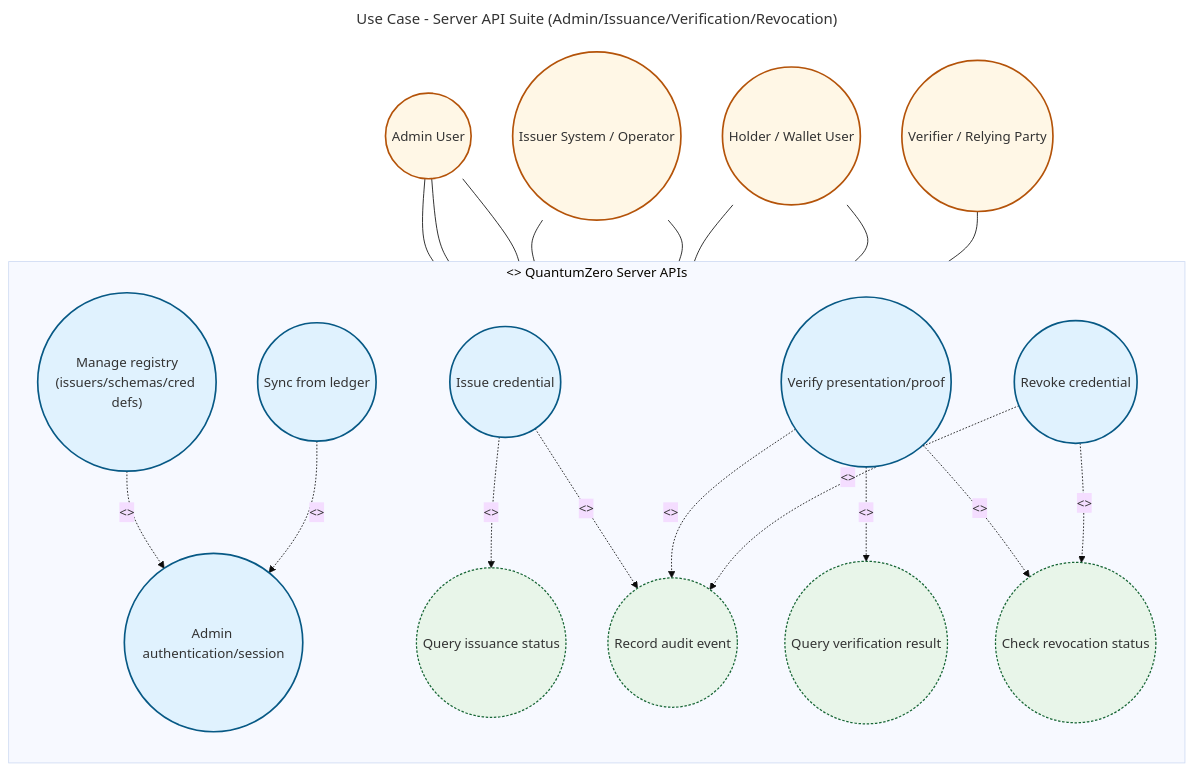
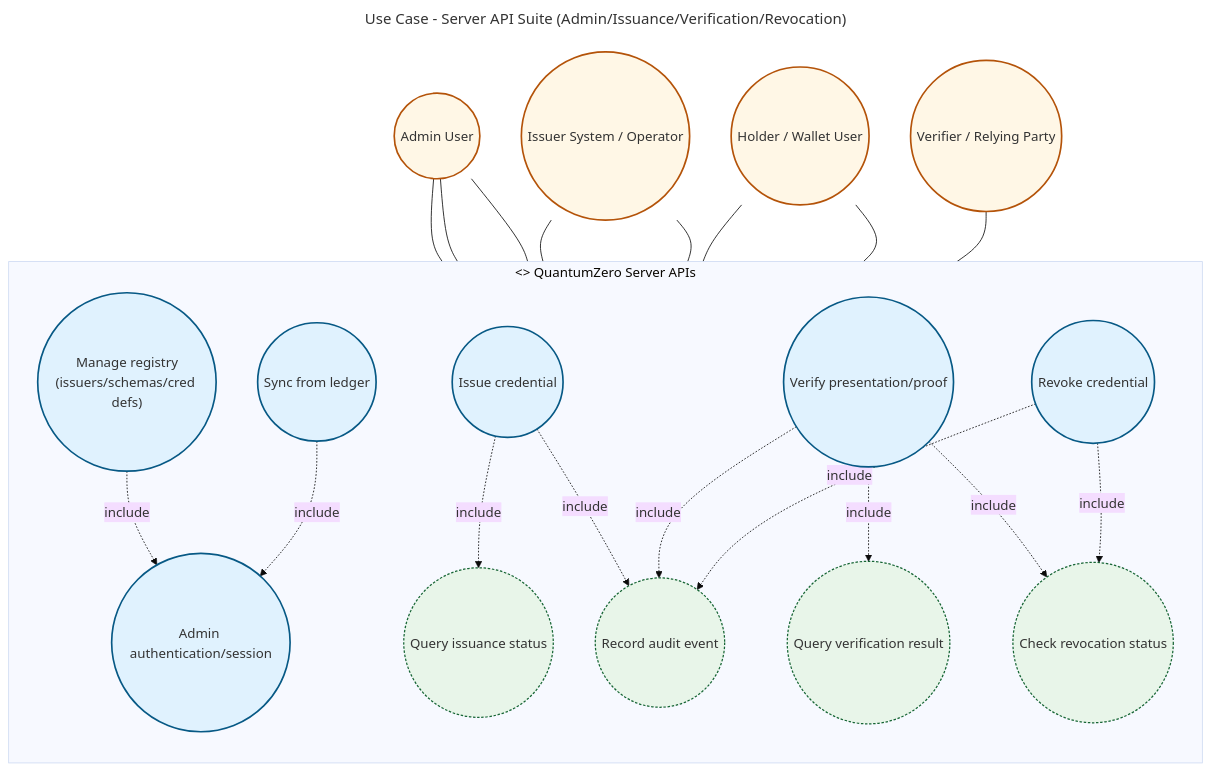
One commit to CHATEAUFORGE-LLC/QuantumZero changed the diagram in diagrams/usecase-server-api-suite.mmd. Above: the diagram before and after it, drawn with Mermaid. The commit also changed 63 other files, not shown here.

```diff
--- a/diagrams/usecase-server-api-suite.mmd
+++ b/diagrams/usecase-server-api-suite.mmd
@@ -1,72 +1,72 @@
 ---
 title: Use Case - Server API Suite (Admin/Issuance/Verification/Revocation)
 config:
   theme: base
 ---
 %% QuantumZero UML palette note: actors/external=#fff7e6/#b45309, system/component=#e0f2fe/#075985, datastore=#ecfccb/#4d7c0f, notes=#fff9c4/#d97706. Aligns diagrams to Deliverable 1 UML/DFD theme.
 flowchart TB
     %% QuantumZero UML palette (standardized)
     classDef actor fill:#fff7e6,stroke:#b45309,stroke-width:2px
     classDef system fill:#eef2ff,stroke:#4338ca,stroke-width:2px
     classDef usecase fill:#e0f2fe,stroke:#075985,stroke-width:2px
     classDef supporting fill:#e8f5e9,stroke:#166534,stroke-width:1.5px,stroke-dasharray: 3 2
 
     %% Actors
     Admin((Admin User)):::actor
     Issuer((Issuer System / Operator)):::actor
     Holder((Holder / Wallet User)):::actor
     Verifier((Verifier / Relying Party)):::actor
 
     %% System Boundary
     subgraph ServerAPIs["<<system>> QuantumZero Server APIs"]
         direction TB
 
         %% Admin API use cases
         UC_AdminAuth(("Admin authentication/session")):::usecase
         UC_Registry(("Manage registry<br/>(issuers/schemas/cred defs)")):::usecase
         UC_LedgerSync(("Sync from ledger")):::usecase
 
         %% Issuance API use cases
         UC_Issue(("Issue credential")):::usecase
         UC_IssueStatus(("Query issuance status")):::supporting
 
         %% Verification API use cases
         UC_Verify(("Verify presentation/proof")):::usecase
         UC_VerifyStatus(("Query verification result")):::supporting
 
         %% Revocation API use cases
         UC_Revoke(("Revoke credential")):::usecase
         UC_RevocationStatus(("Check revocation status")):::supporting
 
         %% Cross-cutting
         UC_Audit(("Record audit event")):::supporting
 
         %% Relationships
-        UC_Registry -. <<include>> .-> UC_AdminAuth
-        UC_LedgerSync -. <<include>> .-> UC_AdminAuth
+        UC_Registry -. include .-> UC_AdminAuth
+        UC_LedgerSync -. include .-> UC_AdminAuth
 
-        UC_Issue -. <<include>> .-> UC_IssueStatus
-        UC_Issue -. <<include>> .-> UC_Audit
+        UC_Issue -. include .-> UC_IssueStatus
+        UC_Issue -. include .-> UC_Audit
 
-        UC_Verify -. <<include>> .-> UC_VerifyStatus
-        UC_Verify -. <<include>> .-> UC_RevocationStatus
-        UC_Verify -. <<include>> .-> UC_Audit
+        UC_Verify -. include .-> UC_VerifyStatus
+        UC_Verify -. include .-> UC_RevocationStatus
+        UC_Verify -. include .-> UC_Audit
 
-        UC_Revoke -. <<include>> .-> UC_RevocationStatus
-        UC_Revoke -. <<include>> .-> UC_Audit
+        UC_Revoke -. include .-> UC_RevocationStatus
+        UC_Revoke -. include .-> UC_Audit
     end
 
     %% Actor associations
     Admin --- UC_AdminAuth
     Admin --- UC_Registry
     Admin --- UC_LedgerSync
 
     Issuer --- UC_Issue
     Issuer --- UC_Revoke
 
     Holder --- UC_Issue
     Holder --- UC_Verify
 
     Verifier --- UC_Verify
 
     %% Metadata note content documented in DIAGRAMS.md
```
